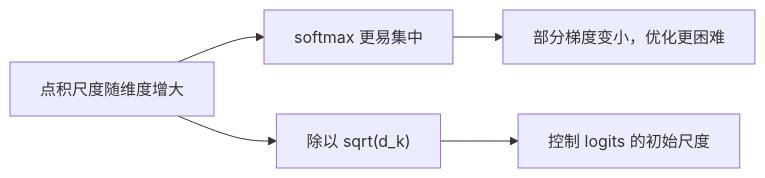
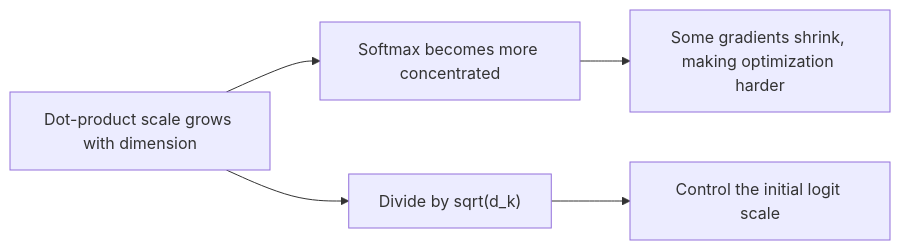
One commit to oneleaveknowsthefall/awesome-ai-roadmap changed the first of 2 diagrams in docs/llm/01-foundations/02-transformer-architecture.md. Above: the diagram before and after it, drawn with Mermaid. The commit also changed other lines of this file and 92 other files, not shown here.

````diff
--- a/docs/llm/01-foundations/02-transformer-architecture.md
+++ b/docs/llm/01-foundations/02-transformer-architecture.md
@@ -53,7 +53,7 @@
 ```mermaid
 flowchart LR
-    A["点积尺度随维度增大"] --> B["softmax 更易集中"]
-    B --> C["部分梯度变小，优化更困难"]
-    A --> D["除以 sqrt(d_k)"]
-    D --> E["控制 logits 的初始尺度"]
+    A["Dot-product scale grows with dimension"] --> B["Softmax becomes more concentrated"]
+    B --> C["Some gradients shrink, making optimization harder"]
+    A --> D["Divide by sqrt(d_k)"]
+    D --> E["Control the initial logit scale"]
 ```
````
